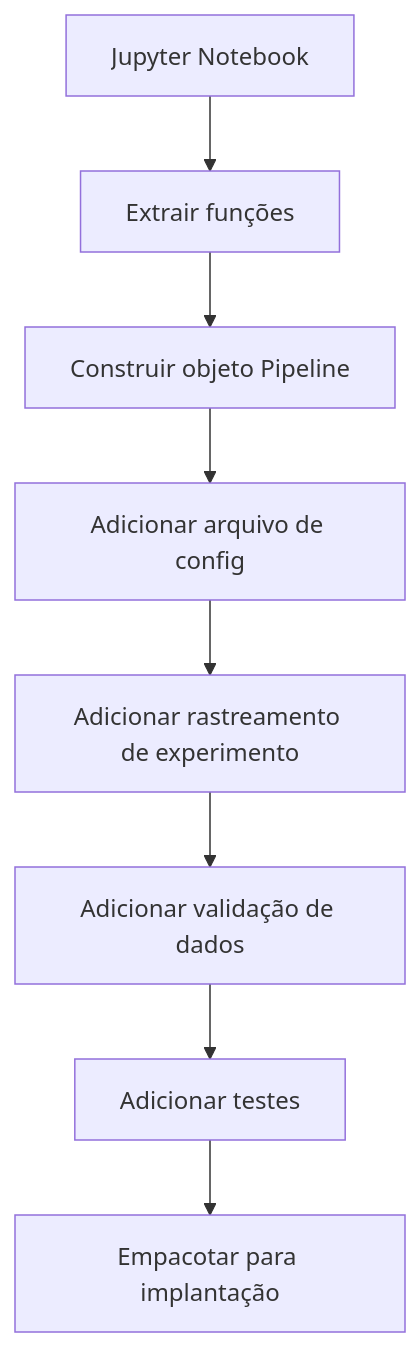
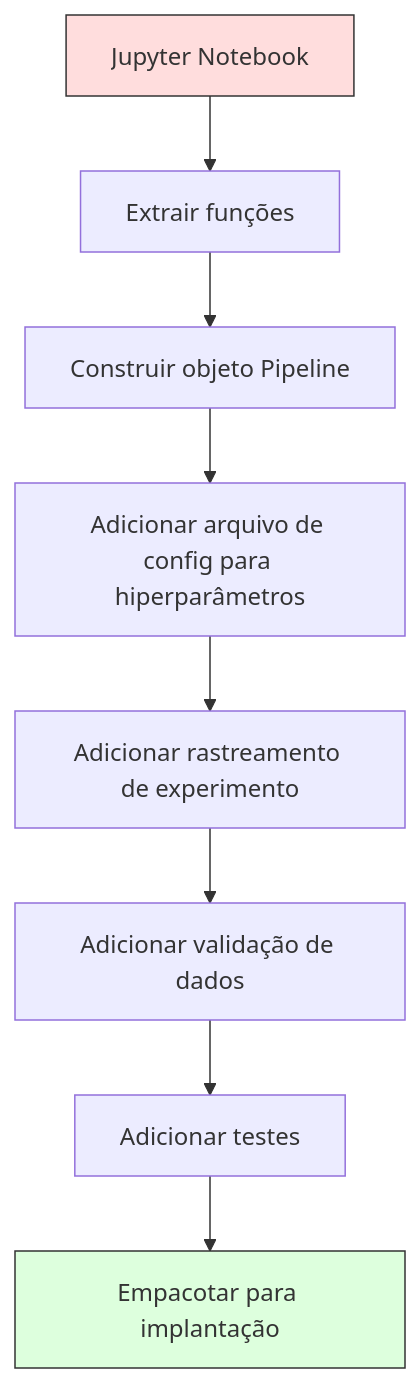
Before and after one commit to K3lvin-dev/ai-engineering-from-scratch: the second of 2 diagrams in phases/02-ml-fundamentals/13-ml-pipelines/docs/pt-br.md, drawn with Mermaid. The commit also changed other lines of this file and 17 other files, not shown here.

````diff
--- a/phases/02-ml-fundamentals/13-ml-pipelines/docs/pt-br.md
+++ b/phases/02-ml-fundamentals/13-ml-pipelines/docs/pt-br.md
@@ -132,10 +225,13 @@
 ```mermaid
 flowchart TD
     A[Jupyter Notebook] --> B[Extrair funções]
     B --> C[Construir objeto Pipeline]
-    C --> D[Adicionar arquivo de config]
+    C --> D[Adicionar arquivo de config para hiperparâmetros]
     D --> E[Adicionar rastreamento de experimento]
     E --> F[Adicionar validação de dados]
     F --> G[Adicionar testes]
     G --> H[Empacotar para implantação]
+
+    style A fill:#fdd,stroke:#333
+    style H fill:#dfd,stroke:#333
 ```
````
